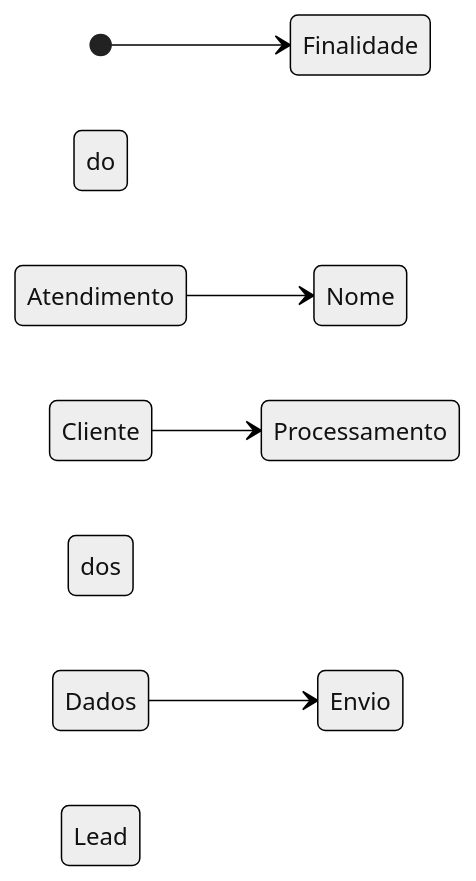
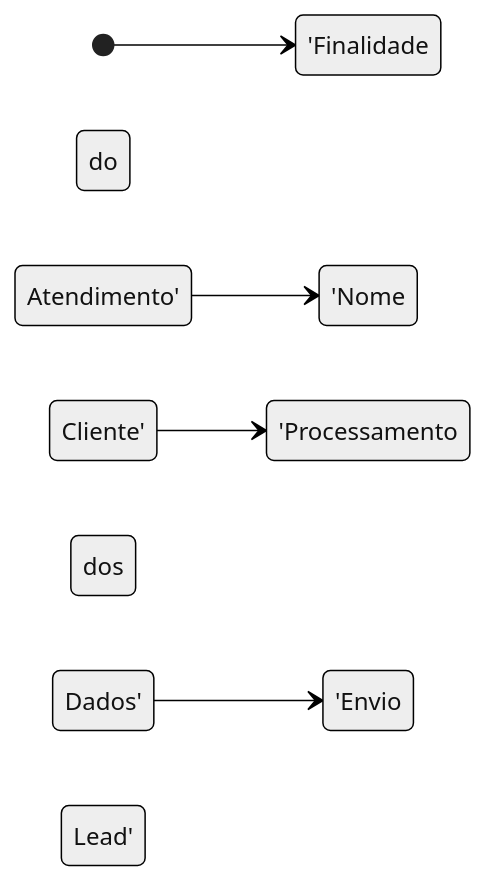
The diagram in readme.md (pepeleascov/cmsouza), drawn with Mermaid (neutral theme) before and after one commit. The commit also changed other lines of this file, not shown here.

````diff
--- a/readme.md
+++ b/readme.md
@@ -133,8 +122,8 @@
 ```mermaid
 stateDiagram
     direction LR
-    [*] --> Finalidade do Atendimento
-    Finalidade do Atendimento --> Nome do Cliente
-    Nome do Cliente --> Processamento dos Dados
-    Processamento dos Dados --> Envio do Lead
+    [*] --> 'Finalidade do Atendimento'
+    'Finalidade do Atendimento' --> 'Nome do Cliente'
+    'Nome do Cliente' --> 'Processamento dos Dados'
+    'Processamento dos Dados' --> 'Envio do Lead'
 ```
````
